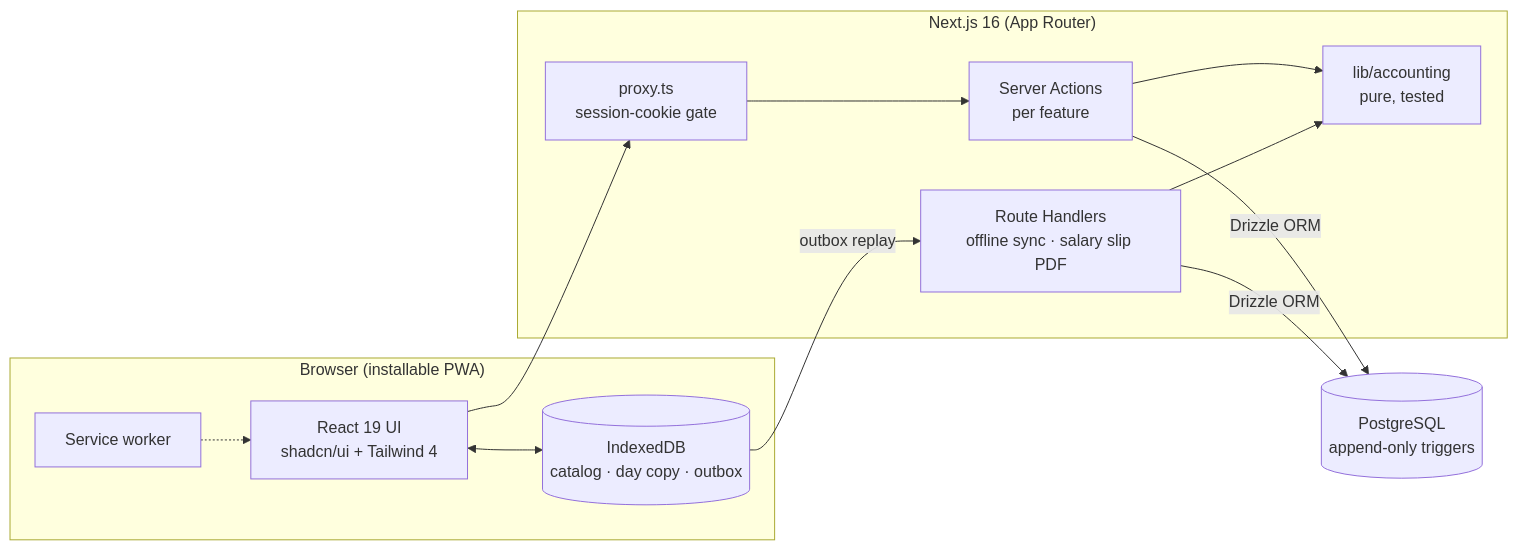
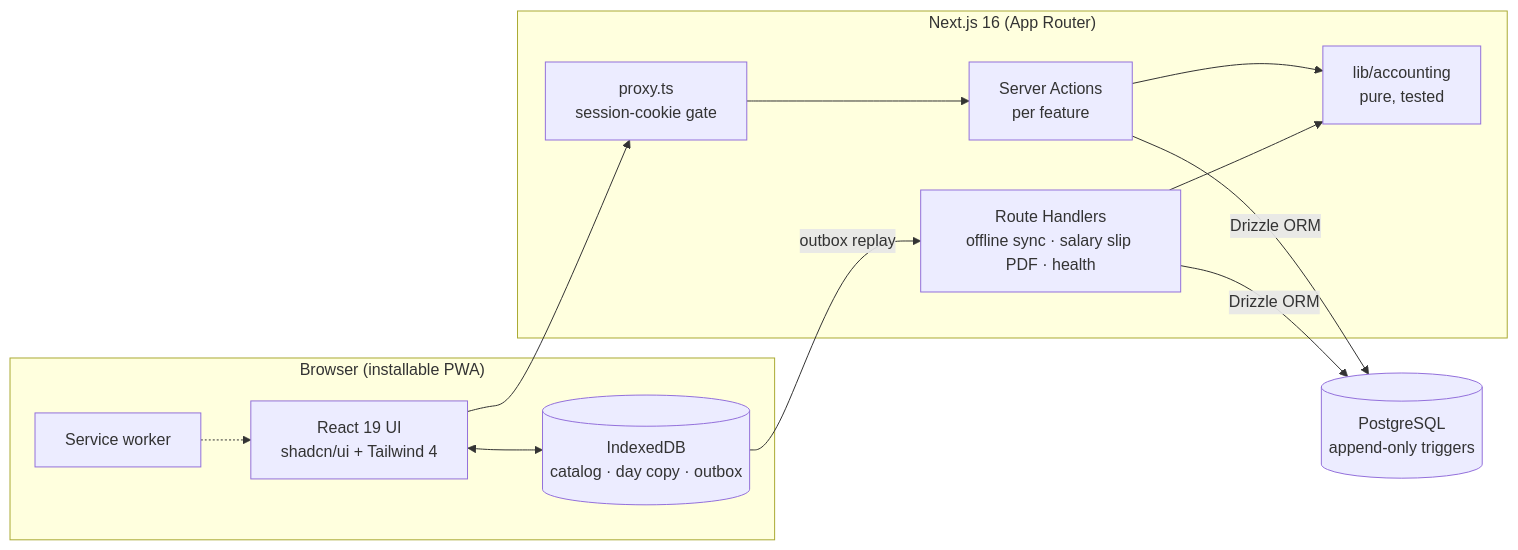
Before and after one commit to Sakib543/art-man: the third of 3 diagrams in README.md, drawn with Mermaid. The commit also changed other lines of this file and 10 other files, not shown here.

````diff
--- a/README.md
+++ b/README.md
@@ -308,23 +308,23 @@
 ```mermaid
 flowchart LR
     subgraph Browser["Browser (installable PWA)"]
         UI["React 19 UI<br/>shadcn/ui + Tailwind 4"]
         SW["Service worker"]
         IDB[("IndexedDB<br/>catalog · day copy · outbox")]
     end
     subgraph Next["Next.js 16 (App Router)"]
         PX["proxy.ts<br/>session-cookie gate"]
         SA["Server Actions<br/>per feature"]
-        RH["Route Handlers<br/>offline sync · salary slip PDF"]
+        RH["Route Handlers<br/>offline sync · salary slip PDF · health"]
         ACC["lib/accounting<br/>pure, tested"]
     end
     DB[("PostgreSQL<br/>append-only triggers")]
     UI --> PX --> SA
     UI <--> IDB
     SW -.-> UI
     IDB -->|outbox replay| RH
     SA --> ACC
     RH --> ACC
     SA -->|Drizzle ORM| DB
     RH -->|Drizzle ORM| DB
 ```
````
